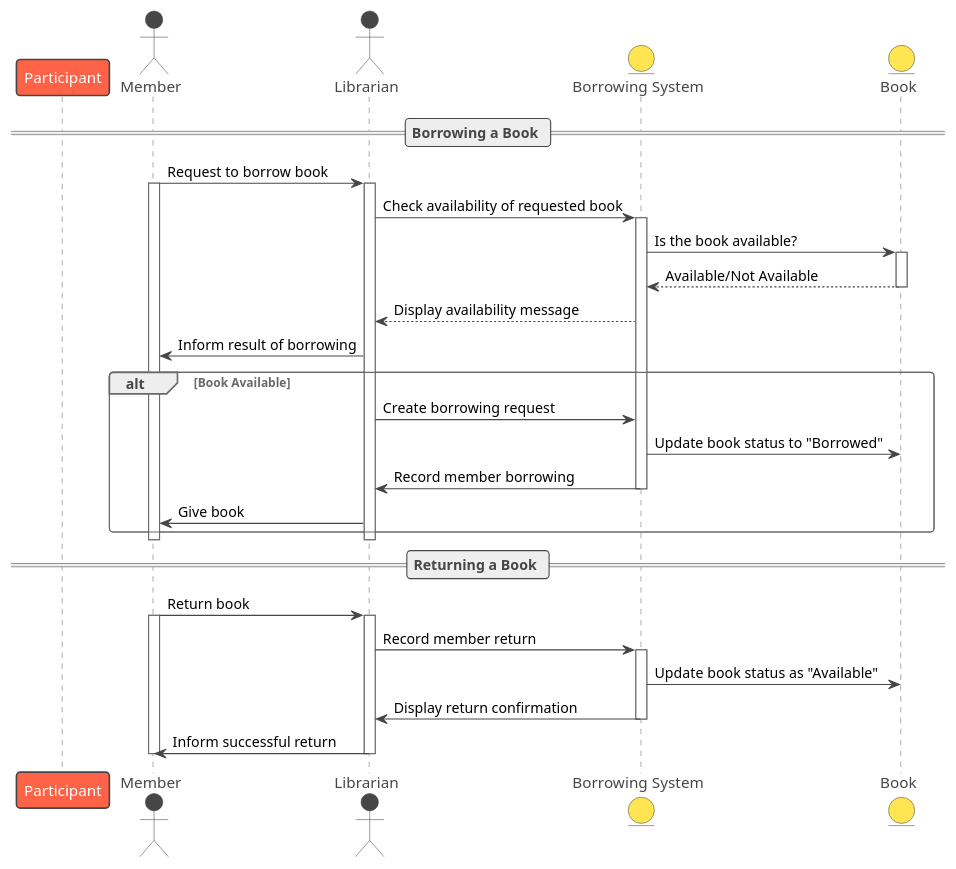
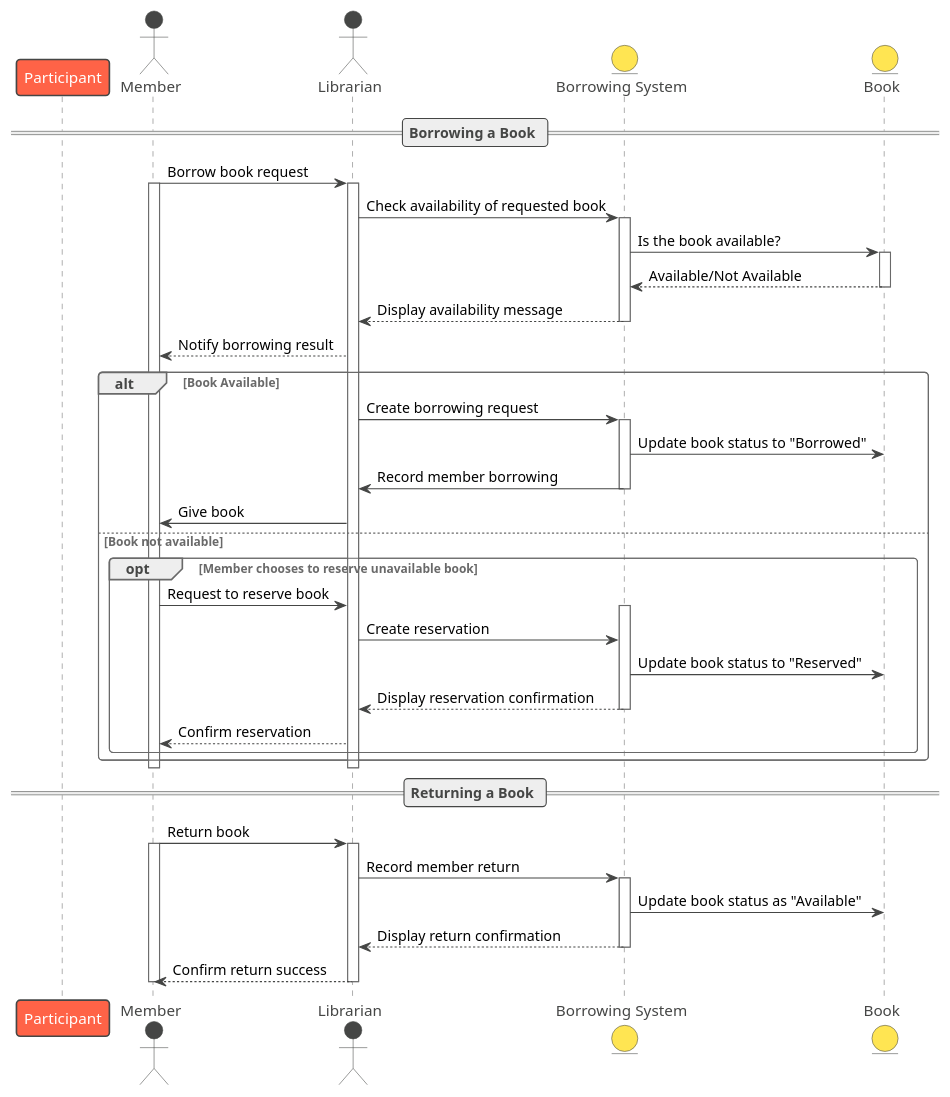
One commit to lfdagm/software_practices changed the diagram in A5/a5.puml. Above: the diagram before and after it, drawn with PlantUML.

Commit message:
Editing accordint to team members suggestions

```diff
--- a/A5/a5.puml
+++ b/A5/a5.puml
@@ -1,49 +1,66 @@
 @startuml Library
 !theme vibrant
 
 participant Participant 
 actor       Member     
 actor       Librarian  
 entity "Borrowing System" as BS
 entity      Book
 
 == Borrowing a Book ==
 
-Member->Librarian: Request to borrow book
+Member->Librarian: Borrow book request
 activate Member
 activate Librarian
 Librarian->BS: Check availability of requested book
 activate BS
 BS->Book: Is the book available?
 activate Book
 Book --> BS: Available/Not Available
 deactivate Book
 BS-->Librarian: Display availability message
-Librarian->Member: Inform result of borrowing
+deactivate BS
+Librarian-->Member: Notify borrowing result
 
 alt Book Available
+    
     Librarian->BS: Create borrowing request
+    activate BS
     BS->Book: Update book status to "Borrowed"
     BS->Librarian: Record member borrowing
     deactivate BS
     Librarian->Member: Give book
+
+else Book not available
+    opt Member chooses to reserve unavailable book
+        Member->Librarian: Request to reserve book
+        activate BS
+        Librarian->BS: Create reservation
+        BS->Book: Update book status to "Reserved"
+        BS-->Librarian: Display reservation confirmation
+        deactivate BS
+        Librarian-->Member: Confirm reservation
+
+
+end
+
 end
 
 deactivate Librarian
 deactivate Member
 
 == Returning a Book ==
 
 Member->Librarian: Return book
 activate Member
 activate Librarian
 Librarian->BS: Record member return
 activate BS
 BS->Book: Update book status as "Available"
-BS->Librarian: Display return confirmation 
+BS-->Librarian: Display return confirmation 
 deactivate BS
-Librarian->Member: Inform successful return 
+Librarian-->Member: Confirm return success
 deactivate Librarian
 deactivate Member
 
 @enduml
```
